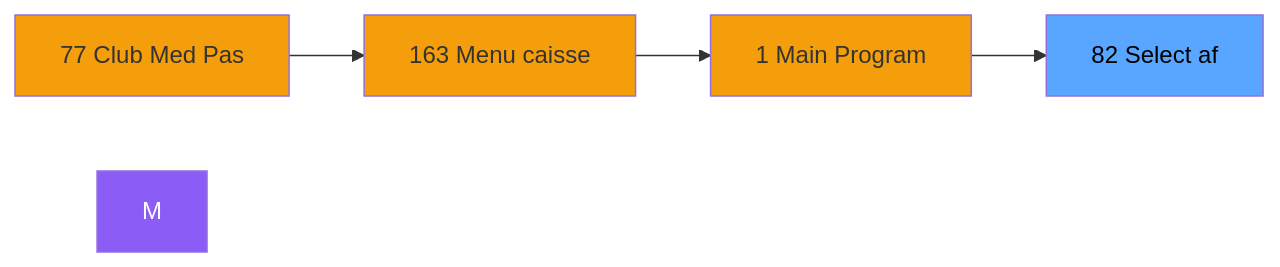
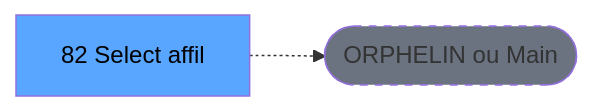
Before and after one commit to thonyAGP/lecteur-magic: the second of 3 diagrams in .openspec/renders/ADH-IDE-82.md, drawn with Mermaid. The commit also changed other lines of this file and 701 other files, not shown here.

````diff
--- a/.openspec/renders/ADH-IDE-82.md
+++ b/.openspec/renders/ADH-IDE-82.md
@@ -126,15 +119,8 @@
 ```mermaid
 graph LR
-    N77[77 Club Med Pas]
-    N163[163 Menu caisse ]
-    N1[1 Main Program]
-    T[82    Select af]
-    N77 --> N163
-    N163 --> N1
-    N1 --> T
-    style M fill:#8b5cf6,color:#fff
-    style N77 fill:#f59e0b
-    style N163 fill:#f59e0b
-    style N1 fill:#f59e0b
+    T[82    Select affil]
+    ORPHAN([ORPHELIN ou Main])
+    T -.-> ORPHAN
     style T fill:#58a6ff,color:#000
+    style ORPHAN fill:#6b7280,stroke-dasharray: 5 5
 ```
````
